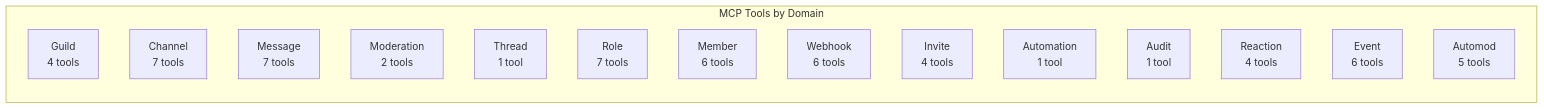
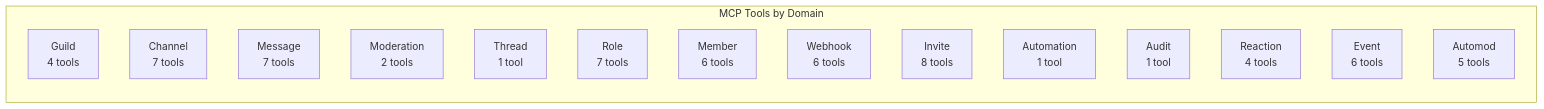
The third of 5 diagrams in README.md (Rastrian/DiscordMCP), drawn with Mermaid before and after one commit. The commit also changed other lines of this file and 17 other files, not shown here.

First line of the commit message:
feat(invites): add invite targeting tools from spec v10 refresh (#23)

````diff
--- a/README.md
+++ b/README.md
@@ -65,19 +65,19 @@
 ```mermaid
 graph LR
     subgraph "MCP Tools by Domain"
         G["Guild<br/>4 tools"]
         CH["Channel<br/>7 tools"]
         MSG["Message<br/>7 tools"]
         MOD["Moderation<br/>2 tools"]
         THR["Thread<br/>1 tool"]
         ROLE["Role<br/>7 tools"]
         MEM["Member<br/>6 tools"]
         WH["Webhook<br/>6 tools"]
-        INV["Invite<br/>4 tools"]
+        INV["Invite<br/>8 tools"]
         AUTO["Automation<br/>1 tool"]
         AUD["Audit<br/>1 tool"]
         REA["Reaction<br/>4 tools"]
         EVT["Event<br/>6 tools"]
         AMOD["Automod<br/>5 tools"]
     end
 ```
````
